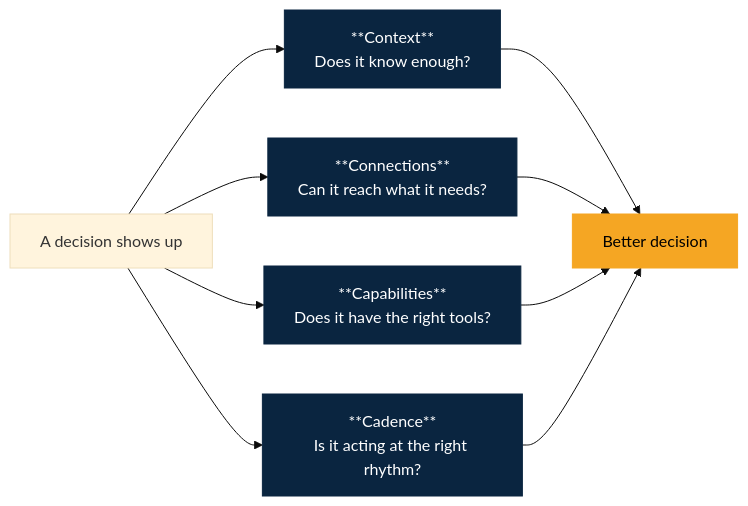
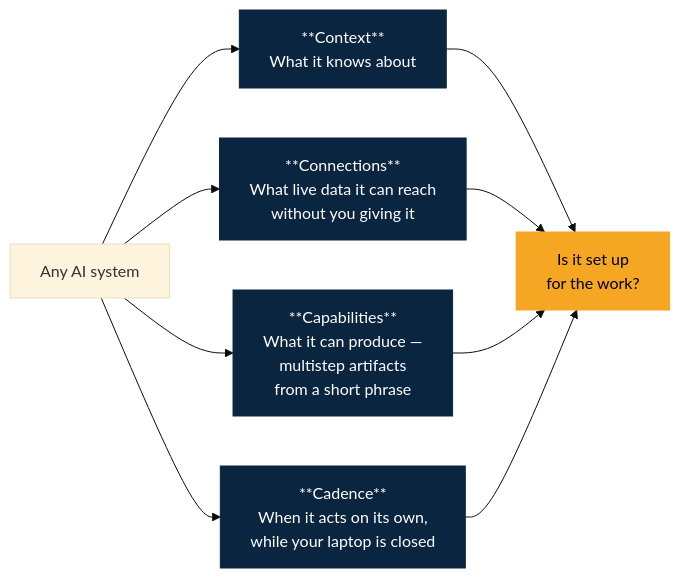
The second of 2 diagrams in README.md (Azul-Digital-Partners/cos-kit), drawn with Mermaid (base theme) before and after one commit. The commit also changed other lines of this file and 5 other files, not shown here.

````diff
--- a/README.md
+++ b/README.md
@@ -128,16 +128,16 @@
 ```mermaid
 flowchart LR
-    Q["A decision shows up"] --> C1
+    Q["Any AI system"] --> C1
     Q --> C2
     Q --> C3
     Q --> C4
-    C1["**Context**<br/>Does it know enough?"] --> R["Better decision"]
-    C2["**Connections**<br/>Can it reach what it needs?"] --> R
-    C3["**Capabilities**<br/>Does it have the right tools?"] --> R
-    C4["**Cadence**<br/>Is it acting at the right rhythm?"] --> R
+    C1["**Context**<br/>What it knows about"] --> R["Is it set up<br/>for the work?"]
+    C2["**Connections**<br/>What live data it can reach<br/>without you giving it"] --> R
+    C3["**Capabilities**<br/>What it can produce —<br/>multistep artifacts<br/>from a short phrase"] --> R
+    C4["**Cadence**<br/>When it acts on its own,<br/>while your laptop is closed"] --> R
 
     classDef c fill:#0A2540,stroke:#0A2540,color:#fff
     classDef r fill:#F5A623,stroke:#F5A623,color:#000
     class C1,C2,C3,C4 c
     class R r
 ```
````
